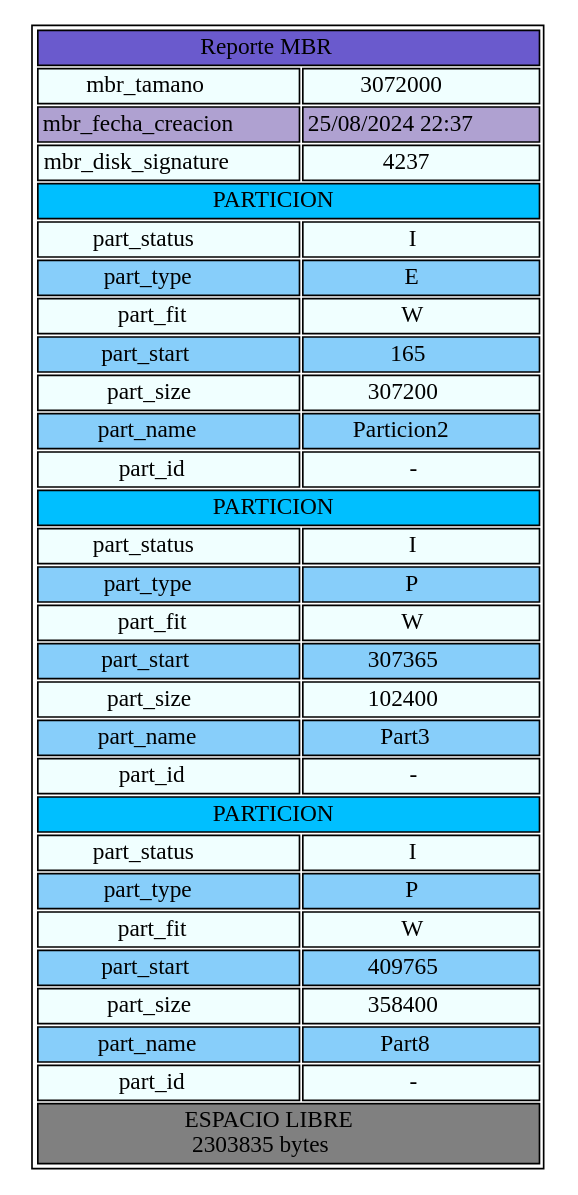
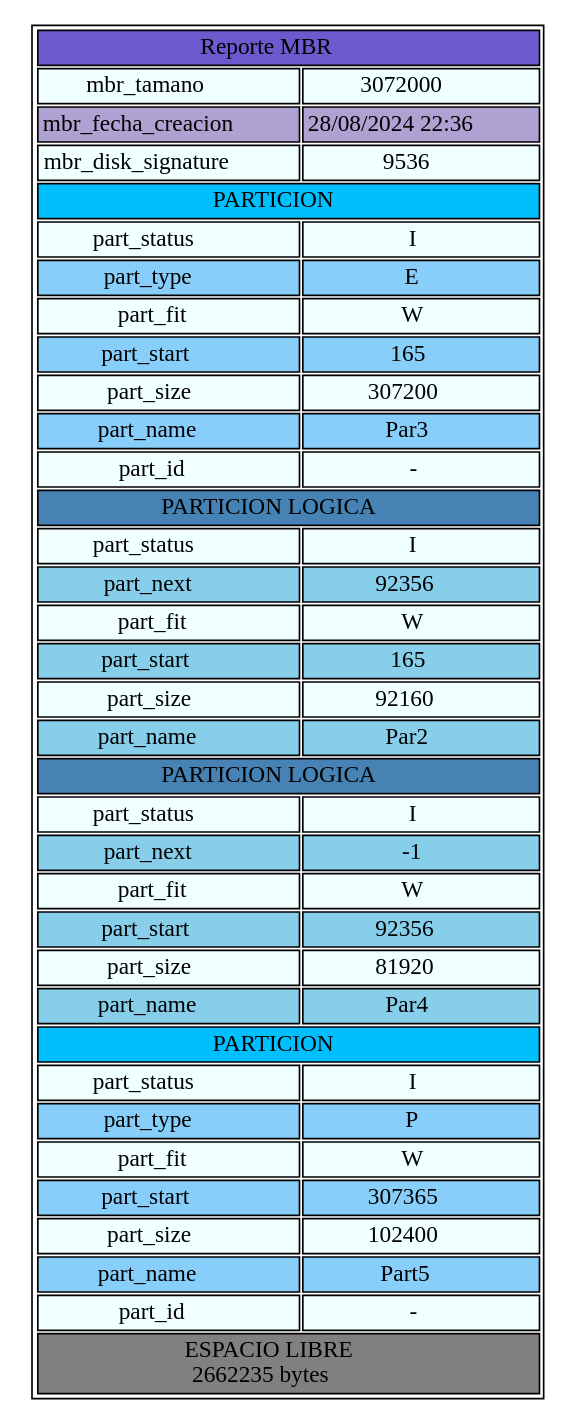
One commit to KimberlyEstupe/MIA_2S_P1_201513656 changed the diagram in Resultados/reports/reporte2.dot. Above: the diagram before and after it, drawn with Graphviz. The commit also changed 21 other files, not shown here.

```diff
--- a/Resultados/reports/reporte2.dot
+++ b/Resultados/reports/reporte2.dot
@@ -1,116 +1,139 @@
 digraph { 
 node [ shape=none ] 
 TablaReportNodo [ label = < <table border="1"> 
  <tr>
   <td bgcolor='SlateBlue' COLSPAN="2"> Reporte MBR </td> 
  </tr> 
  <tr>
   <td bgcolor='Azure'> mbr_tamano </td> 
   <td bgcolor='Azure'> 3072000 </td> 
  </tr> 
  <tr>
   <td bgcolor='#AFA1D1'> mbr_fecha_creacion </td> 
-  <td bgcolor='#AFA1D1'> 25/08/2024 22:37 </td> 
+  <td bgcolor='#AFA1D1'> 28/08/2024 22:36 </td> 
  </tr> 
  <tr>
   <td bgcolor='Azure'> mbr_disk_signature </td> 
-  <td bgcolor='Azure'> 4237 </td> 
+  <td bgcolor='Azure'> 9536 </td> 
  </tr>  
  <tr>
   <td bgcolor='DeepSkyBlue' COLSPAN="2"> PARTICION </td> 
  </tr> 
  <tr>
   <td bgcolor='Azure'> part_status </td> 
   <td bgcolor='Azure'> I </td> 
  </tr> 
  <tr>
   <td bgcolor='LightSkyBlue'> part_type </td> 
   <td bgcolor='LightSkyBlue'> E </td> 
  </tr> 
  <tr>
   <td bgcolor='Azure'> part_fit </td> 
   <td bgcolor='Azure'> W </td> 
  </tr> 
  <tr>
   <td bgcolor='LightSkyBlue'> part_start </td> 
   <td bgcolor='LightSkyBlue'> 165 </td> 
  </tr> 
  <tr>
   <td bgcolor='Azure'> part_size </td> 
   <td bgcolor='Azure'> 307200 </td> 
  </tr> 
  <tr>
   <td bgcolor='LightSkyBlue'> part_name </td> 
-  <td bgcolor='LightSkyBlue'> Particion2 </td> 
+  <td bgcolor='LightSkyBlue'> Par3 </td> 
  </tr> 
  <tr>
   <td bgcolor='Azure'> part_id </td> 
   <td bgcolor='Azure'> - </td> 
+ </tr> 
+ <tr>
+  <td bgcolor='SteelBlue' COLSPAN="2"> PARTICION LOGICA </td> 
+ </tr> 
+ <tr>
+  <td bgcolor='Azure'> part_status </td> 
+  <td bgcolor='Azure'> I </td> 
+ </tr> 
+ <tr>
+  <td bgcolor='SkyBlue'> part_next </td> 
+  <td bgcolor='SkyBlue'> 92356 </td> 
+ </tr> 
+ <tr>
+  <td bgcolor='Azure'> part_fit </td> 
+  <td bgcolor='Azure'> W </td> 
+ </tr> 
+ <tr>
+  <td bgcolor='SkyBlue'> part_start </td> 
+  <td bgcolor='SkyBlue'> 165 </td> 
+ </tr> 
+ <tr>
+  <td bgcolor='Azure'> part_size </td> 
+  <td bgcolor='Azure'> 92160 </td> 
+ </tr> 
+ <tr>
+  <td bgcolor='SkyBlue'> part_name </td> 
+  <td bgcolor='SkyBlue'> Par2 </td> 
+ </tr> 
+ <tr>
+  <td bgcolor='SteelBlue' COLSPAN="2"> PARTICION LOGICA </td> 
+ </tr> 
+ <tr>
+  <td bgcolor='Azure'> part_status </td> 
+  <td bgcolor='Azure'> I </td> 
+ </tr> 
+ <tr>
+  <td bgcolor='SkyBlue'> part_next </td> 
+  <td bgcolor='SkyBlue'> -1 </td> 
+ </tr> 
+ <tr>
+  <td bgcolor='Azure'> part_fit </td> 
+  <td bgcolor='Azure'> W </td> 
+ </tr> 
+ <tr>
+  <td bgcolor='SkyBlue'> part_start </td> 
+  <td bgcolor='SkyBlue'> 92356 </td> 
+ </tr> 
+ <tr>
+  <td bgcolor='Azure'> part_size </td> 
+  <td bgcolor='Azure'> 81920 </td> 
+ </tr> 
+ <tr>
+  <td bgcolor='SkyBlue'> part_name </td> 
+  <td bgcolor='SkyBlue'> Par4 </td> 
  </tr> 
  <tr>
   <td bgcolor='DeepSkyBlue' COLSPAN="2"> PARTICION </td> 
  </tr> 
  <tr>
   <td bgcolor='Azure'> part_status </td> 
   <td bgcolor='Azure'> I </td> 
  </tr> 
  <tr>
   <td bgcolor='LightSkyBlue'> part_type </td> 
   <td bgcolor='LightSkyBlue'> P </td> 
  </tr> 
  <tr>
   <td bgcolor='Azure'> part_fit </td> 
   <td bgcolor='Azure'> W </td> 
  </tr> 
  <tr>
   <td bgcolor='LightSkyBlue'> part_start </td> 
   <td bgcolor='LightSkyBlue'> 307365 </td> 
  </tr> 
  <tr>
   <td bgcolor='Azure'> part_size </td> 
   <td bgcolor='Azure'> 102400 </td> 
  </tr> 
  <tr>
   <td bgcolor='LightSkyBlue'> part_name </td> 
-  <td bgcolor='LightSkyBlue'> Part3 </td> 
+  <td bgcolor='LightSkyBlue'> Part5 </td> 
  </tr> 
  <tr>
   <td bgcolor='Azure'> part_id </td> 
   <td bgcolor='Azure'> - </td> 
  </tr> 
  <tr>
-  <td bgcolor='DeepSkyBlue' COLSPAN="2"> PARTICION </td> 
- </tr> 
- <tr>
-  <td bgcolor='Azure'> part_status </td> 
-  <td bgcolor='Azure'> I </td> 
- </tr> 
- <tr>
-  <td bgcolor='LightSkyBlue'> part_type </td> 
-  <td bgcolor='LightSkyBlue'> P </td> 
- </tr> 
- <tr>
-  <td bgcolor='Azure'> part_fit </td> 
-  <td bgcolor='Azure'> W </td> 
- </tr> 
- <tr>
-  <td bgcolor='LightSkyBlue'> part_start </td> 
-  <td bgcolor='LightSkyBlue'> 409765 </td> 
- </tr> 
- <tr>
-  <td bgcolor='Azure'> part_size </td> 
-  <td bgcolor='Azure'> 358400 </td> 
- </tr> 
- <tr>
-  <td bgcolor='LightSkyBlue'> part_name </td> 
-  <td bgcolor='LightSkyBlue'> Part8 </td> 
- </tr> 
- <tr>
-  <td bgcolor='Azure'> part_id </td> 
-  <td bgcolor='Azure'> - </td> 
- </tr> 
- <tr>
-  <td bgcolor='#808080' COLSPAN="2"> ESPACIO LIBRE <br/> 2303835 bytes </td> 
+  <td bgcolor='#808080' COLSPAN="2"> ESPACIO LIBRE <br/> 2662235 bytes </td> 
  </tr> 
 </table> > ]
 }
```
